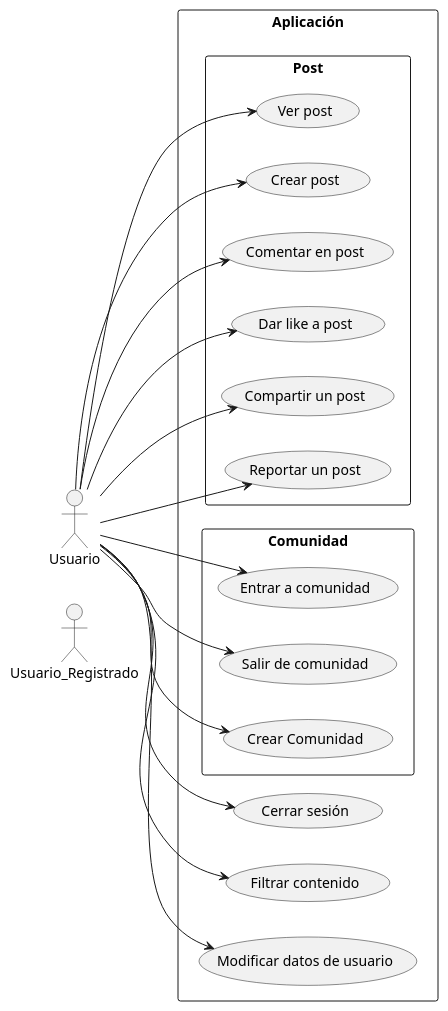
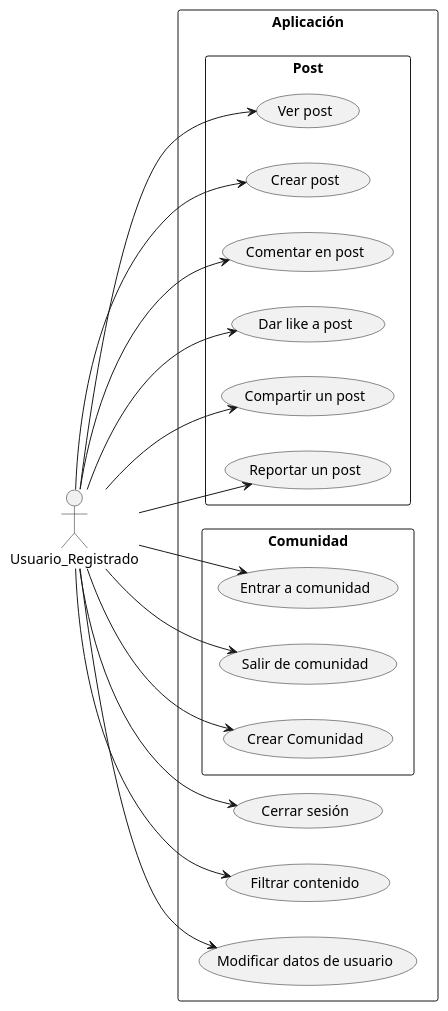
One commit to mmasias/24-25-IdSw1-SDR changed the diagram in modelosUML - Codigo/4ª_Iteración/dcuUR.puml. Above: the diagram before and after it, drawn with PlantUML.

Commit message:
Correcciones dcuUR.puml

```diff
--- a/modelosUML - Codigo/4ª_Iteración/dcuUR.puml
+++ b/modelosUML - Codigo/4ª_Iteración/dcuUR.puml
@@ -1,37 +1,37 @@
 @startuml
 left to right direction
 actor Usuario_Registrado
 
 rectangle "Aplicación" {
     usecase "Cerrar sesión" as UC1
     rectangle "Post"{
         usecase "Ver post" as UC2
         usecase "Crear post" as UC3
         usecase "Comentar en post" as UC4
         usecase "Dar like a post" as UC5
         usecase "Compartir un post" as UC6
         usecase "Reportar un post" as UC7
 }
     rectangle "Comunidad"{
         usecase "Entrar a comunidad" as UC8
         usecase "Salir de comunidad" as UC9
         usecase "Crear Comunidad" as UC10
 }
     usecase "Filtrar contenido" as UC11
     usecase "Modificar datos de usuario" as UC12
 
 }
 
-Usuario --> UC1
-Usuario --> UC2
-Usuario --> UC3
-Usuario --> UC4
-Usuario --> UC5
-Usuario --> UC6
-Usuario --> UC7
-Usuario --> UC8
-Usuario --> UC9
-Usuario --> UC10
-Usuario --> UC11
-Usuario --> UC12
+Usuario_Registrado --> UC1
+Usuario_Registrado --> UC2
+Usuario_Registrado --> UC3
+Usuario_Registrado --> UC4
+Usuario_Registrado --> UC5
+Usuario_Registrado --> UC6
+Usuario_Registrado --> UC7
+Usuario_Registrado --> UC8
+Usuario_Registrado --> UC9
+Usuario_Registrado --> UC10
+Usuario_Registrado --> UC11
+Usuario_Registrado --> UC12
 @enduml
```
